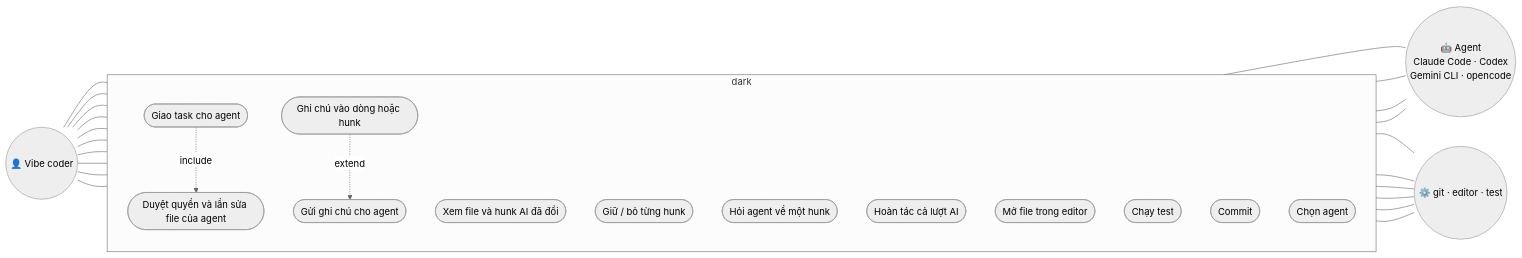
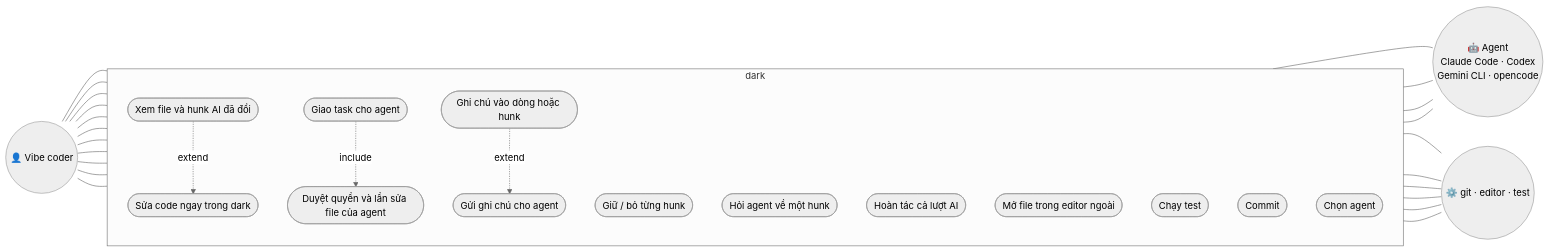
Before and after one commit to lhnhidev/dark: the diagram in docs/FEATURES.md, drawn with Mermaid (neutral theme). The commit also changed other lines of this file and 6 other files, not shown here.

````diff
--- a/docs/FEATURES.md
+++ b/docs/FEATURES.md
@@ -30,36 +30,38 @@
 ```mermaid
 flowchart LR
     U(("👤 Vibe coder"))
     AG(("🤖 Agent<br/>Claude Code · Codex<br/>Gemini CLI · opencode"))
     SYS(("⚙️ git · editor · test"))
 
     subgraph DARK["dark"]
         direction TB
         UC1([Giao task cho agent])
         UC2([Duyệt quyền và lần sửa file của agent])
         UC3([Xem file và hunk AI đã đổi])
         UC4([Giữ / bỏ từng hunk])
         UC5([Ghi chú vào dòng hoặc hunk])
         UC6([Gửi ghi chú cho agent])
         UC7([Hỏi agent về một hunk])
         UC8([Hoàn tác cả lượt AI])
-        UC9([Mở file trong editor])
+        UC9([Mở file trong editor ngoài])
         UC10([Chạy test])
         UC11([Commit])
         UC12([Chọn agent])
+        UC13([Sửa code ngay trong dark])
     end
 
-    U --- UC1 & UC3 & UC4 & UC5 & UC7 & UC8 & UC9 & UC10 & UC11 & UC12
+    U --- UC1 & UC3 & UC4 & UC5 & UC7 & UC8 & UC9 & UC10 & UC11 & UC12 & UC13
+    UC3 -. extend .-> UC13
     UC1 -. include .-> UC2
     UC5 -. extend .-> UC6
     UC1 --- AG
     UC2 --- AG
     UC6 --- AG
     UC7 --- AG
     UC3 --- SYS
     UC4 --- SYS
     UC8 --- SYS
     UC9 --- SYS
     UC10 --- SYS
     UC11 --- SYS
 ```
````
